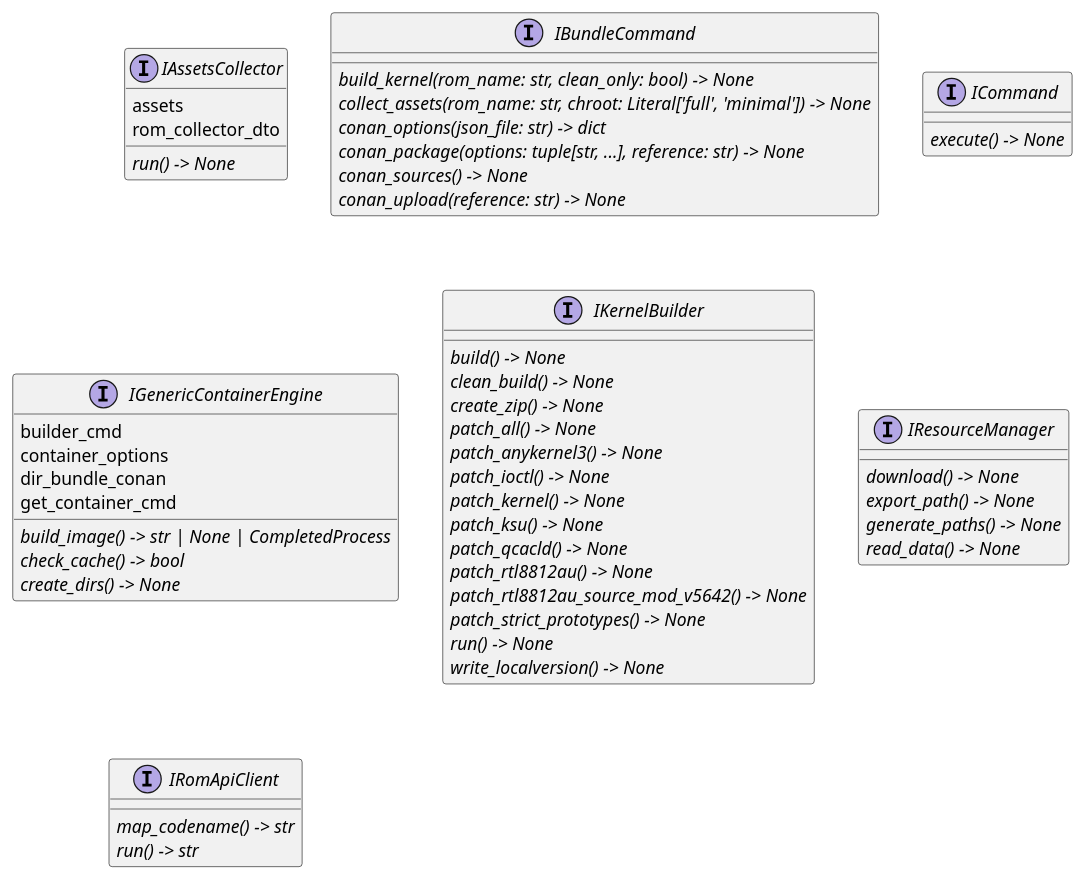
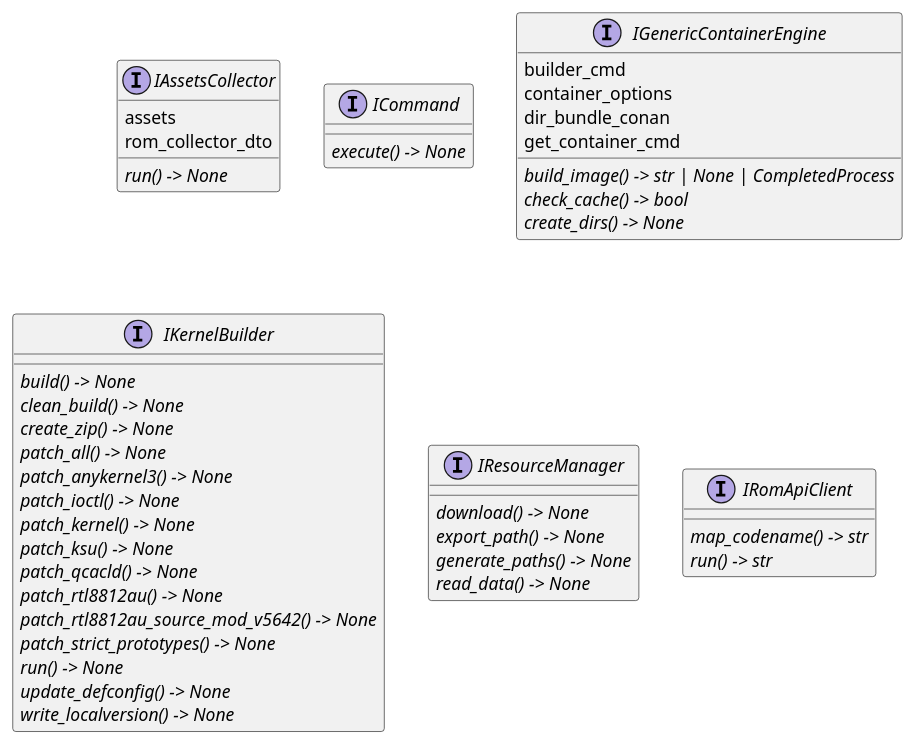
Before and after one commit to seppzer0/zero_kernel: the diagram in docs/architecture/interfaces/classes.puml, drawn with PlantUML. The commit also changed 16 other files, not shown here.

```diff
--- a/docs/architecture/interfaces/classes.puml
+++ b/docs/architecture/interfaces/classes.puml
@@ -1,54 +1,47 @@
 @startuml classes
 set namespaceSeparator none
 interface "IAssetsCollector" as interfaces.modules.IAssetsCollector {
   assets
   rom_collector_dto
   {abstract}run() -> None
-}
-interface "IBundleCommand" as interfaces.commands.IBundleCommand {
-  {abstract}build_kernel(rom_name: str, clean_only: bool) -> None
-  {abstract}collect_assets(rom_name: str, chroot: Literal['full', 'minimal']) -> None
-  {abstract}conan_options(json_file: str) -> dict
-  {abstract}conan_package(options: tuple[str, ...], reference: str) -> None
-  {abstract}conan_sources() -> None
-  {abstract}conan_upload(reference: str) -> None
 }
 interface "ICommand" as interfaces.commands.ICommand {
   {abstract}execute() -> None
 }
 interface "IGenericContainerEngine" as interfaces.engines.IGenericContainerEngine {
   builder_cmd
   container_options
   dir_bundle_conan
   get_container_cmd
   {abstract}build_image() -> str | None | CompletedProcess
   {abstract}check_cache() -> bool
   {abstract}create_dirs() -> None
 }
 interface "IKernelBuilder" as interfaces.modules.IKernelBuilder {
   {abstract}build() -> None
   {abstract}clean_build() -> None
   {abstract}create_zip() -> None
   {abstract}patch_all() -> None
   {abstract}patch_anykernel3() -> None
   {abstract}patch_ioctl() -> None
   {abstract}patch_kernel() -> None
   {abstract}patch_ksu() -> None
   {abstract}patch_qcacld() -> None
   {abstract}patch_rtl8812au() -> None
   {abstract}patch_rtl8812au_source_mod_v5642() -> None
   {abstract}patch_strict_prototypes() -> None
   {abstract}run() -> None
+  {abstract}update_defconfig() -> None
   {abstract}write_localversion() -> None
 }
 interface "IResourceManager" as interfaces.managers.IResourceManager {
   {abstract}download() -> None
   {abstract}export_path() -> None
   {abstract}generate_paths() -> None
   {abstract}read_data() -> None
 }
 interface "IRomApiClient" as interfaces.clients.IRomApiClient {
   {abstract}map_codename() -> str
   {abstract}run() -> str
 }
 @enduml
```
